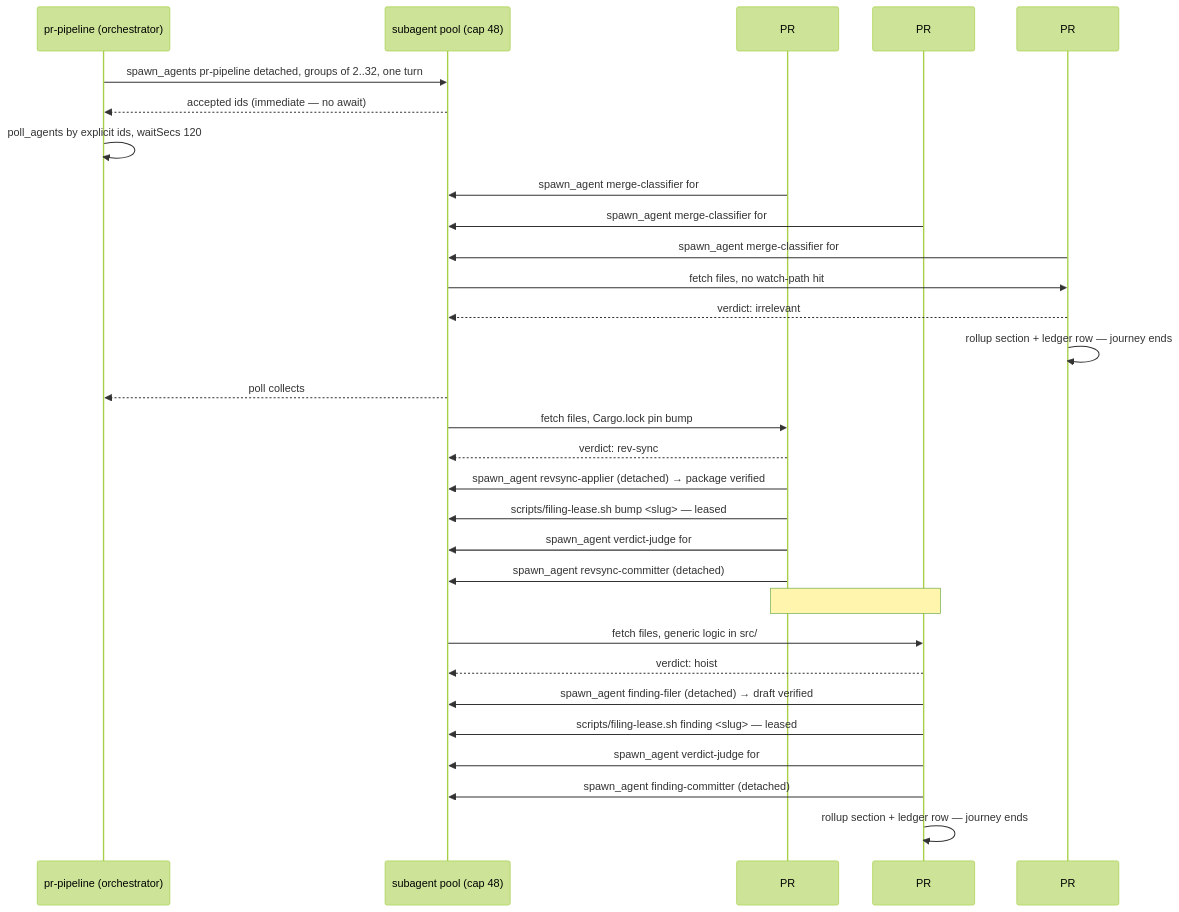
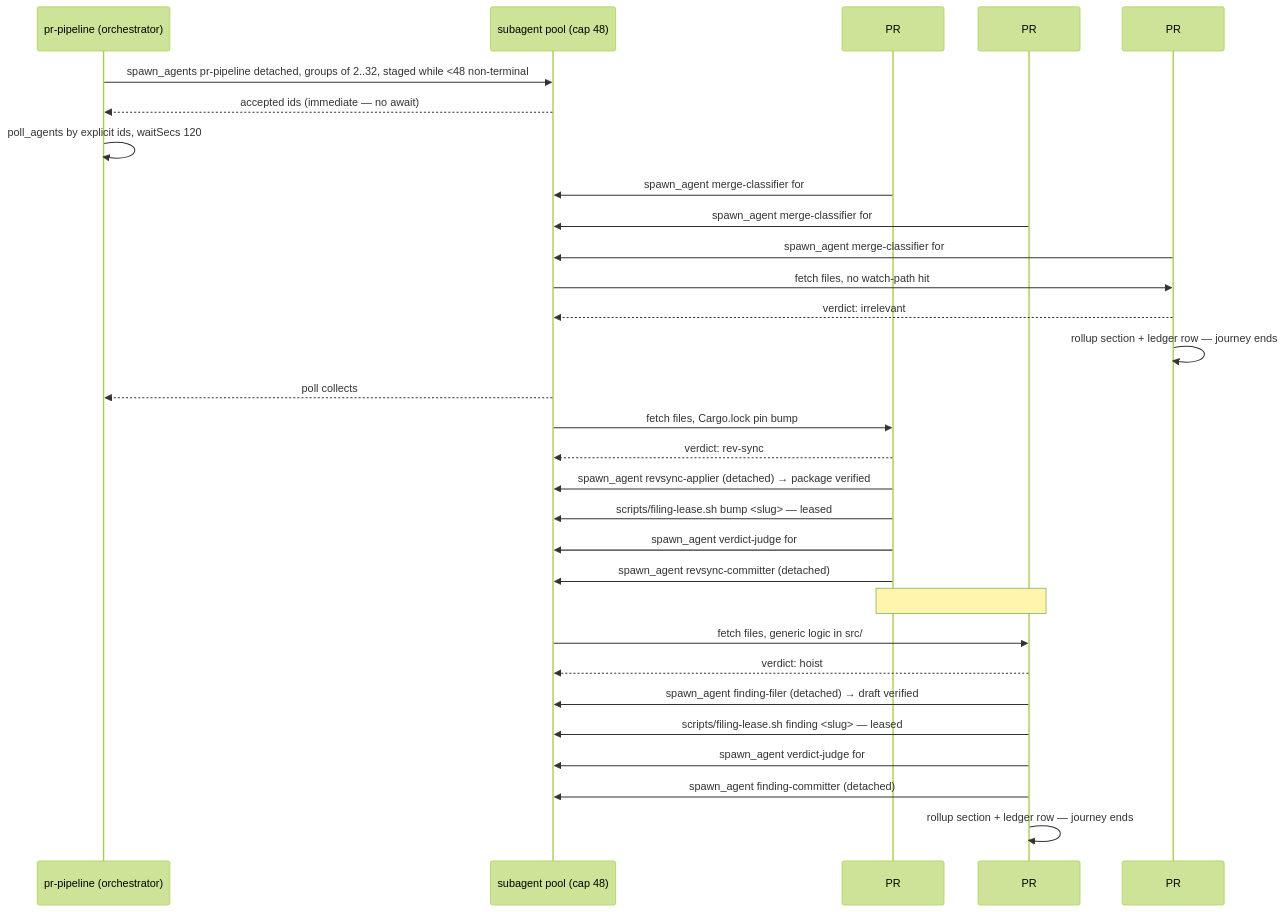
One commit to ahmedhosnypro/craft-libs-adoption changed diagram 11 of 12 in docs/workflow-diagrams.md. Above: the diagram before and after it, drawn with Mermaid (forest theme). The commit also changed other lines of this file and 1 other file, not shown here.

First line of the commit message:
docs: sync workflow diagrams and analyst profile with P1 bounds

````diff
--- a/docs/workflow-diagrams.md
+++ b/docs/workflow-diagrams.md
@@ -348,33 +353,33 @@
 ```mermaid
 sequenceDiagram
     participant O as pr-pipeline (orchestrator)
     participant Pool as subagent pool (cap 48)
     participant A as PR #41 pipeline (rev-sync)
     participant B as PR #900 pipeline (hoist)
     participant C as PR #1200 pipeline (irrelevant)
 
-    O->>Pool: spawn_agents pr-pipeline detached, groups of 2..32, one turn
+    O->>Pool: spawn_agents pr-pipeline detached, groups of 2..32, staged while <48 non-terminal
     Pool-->>O: accepted ids (immediate — no await)
     O->>O: poll_agents by explicit ids, waitSecs 120
     A->>Pool: spawn_agent merge-classifier for #41 (detached, continuation)
     B->>Pool: spawn_agent merge-classifier for #900 (detached, continuation)
     C->>Pool: spawn_agent merge-classifier for #1200 (detached, continuation)
     Pool->>C: fetch files, no watch-path hit
     C-->>Pool: verdict: irrelevant
     C->>C: rollup section + ledger row — journey ends
     Pool-->>O: poll collects #1200 → verified, done
     Pool->>A: fetch files, Cargo.lock pin bump
     A-->>Pool: verdict: rev-sync
     A->>Pool: spawn_agent revsync-applier (detached) → package verified
     A->>Pool: scripts/filing-lease.sh bump <slug> — leased
     A->>Pool: spawn_agent verdict-judge for #41 (detached) — gate passes
     A->>Pool: spawn_agent revsync-committer (detached)
     Note over A,B: #41 is gated, filed, and finished while #900<br/>is still in its FIRST stage — by design
     Pool->>B: fetch files, generic logic in src/
     B-->>Pool: verdict: hoist
     B->>Pool: spawn_agent finding-filer (detached) → draft verified
     B->>Pool: scripts/filing-lease.sh finding <slug> — leased
     B->>Pool: spawn_agent verdict-judge for #900 (detached) — gate passes
     B->>Pool: spawn_agent finding-committer (detached)
     B->>B: rollup section + ledger row — journey ends
 ```
````
